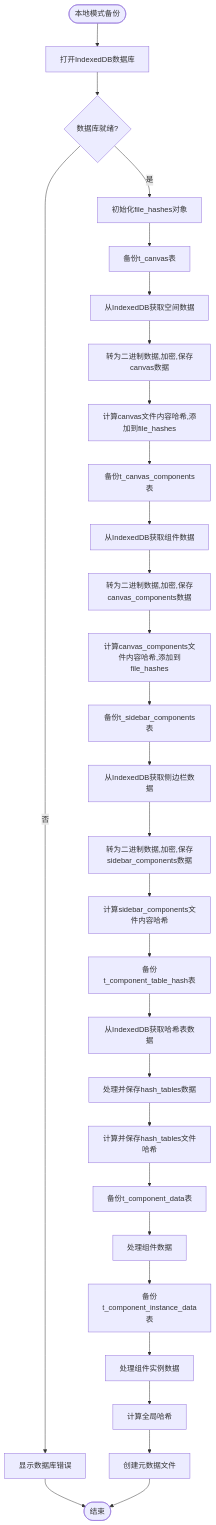
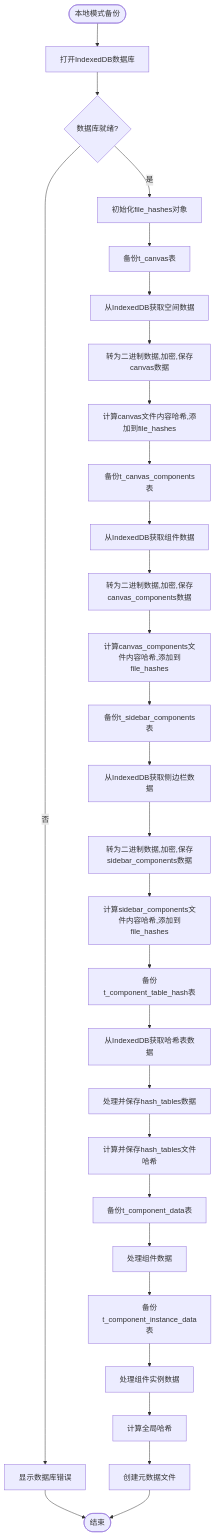
Before and after one commit to yingjianzh/iodraw-files: the diagram in all/未命名-56.md, drawn with Mermaid.

Commit message:
2025-05-12 14:15:52 update

````diff
--- a/all/未命名-56.md
+++ b/all/未命名-56.md
@@ -1,44 +1,44 @@
 ```mermaid
 
 flowchart TD
     Start([本地模式备份]) --> OpenDB[打开IndexedDB数据库]
     OpenDB --> DBReady{数据库就绪?}
     
     DBReady -->|否| ShowDBError[显示数据库错误]
     DBReady -->|是| InitHashObject[初始化file_hashes对象]
     
     ShowDBError --> End([结束])
     
     InitHashObject --> BackupCanvas[备份t_canvas表]
     BackupCanvas --> GetCanvasFromDB[从IndexedDB获取空间数据]
     GetCanvasFromDB --> ProcessCanvasFile[转为二进制数据,加密,保存canvas数据]
     ProcessCanvasFile --> AddCanvasHash[计算canvas文件内容哈希,添加到file_hashes]
     
     AddCanvasHash --> BackupCanvasComps[备份t_canvas_components表]
     BackupCanvasComps --> GetCanvasCompsFromDB[从IndexedDB获取组件数据]
     GetCanvasCompsFromDB --> ProcessCanvasCompsFile[转为二进制数据,加密,保存canvas_components数据]
     ProcessCanvasCompsFile --> AddCanvasCompsHash[计算canvas_components文件内容哈希,添加到file_hashes]
     
     AddCanvasCompsHash --> BackupSidebarComps[备份t_sidebar_components表]
     BackupSidebarComps --> GetSidebarCompsFromDB[从IndexedDB获取侧边栏数据]
     GetSidebarCompsFromDB --> ProcessSidebarCompsFile[转为二进制数据,加密,保存sidebar_components数据]
-    ProcessSidebarCompsFile --> AddSidebarCompsHash[计算sidebar_components文件内容哈希]
+    ProcessSidebarCompsFile --> AddSidebarCompsHash[计算sidebar_components文件内容哈希,添加到file_hashes]
     
     AddSidebarCompsHash --> BackupHashTables[备份t_component_table_hash表]
     BackupHashTables --> GetHashTablesFromDB[从IndexedDB获取哈希表数据]
     GetHashTablesFromDB --> ProcessHashTablesFile[处理并保存hash_tables数据]
     ProcessHashTablesFile --> AddHashTablesHash[计算并保存hash_tables文件哈希]
     
     AddHashTablesHash --> BackupCompData[备份t_component_data表]
     BackupCompData --> ProcessCompData[处理组件数据]
     
     ProcessCompData --> BackupInstData[备份t_component_instance_data表]
     BackupInstData --> ProcessInstData[处理组件实例数据]
     
     ProcessInstData --> CalculateGlobalHash[计算全局哈希]
     CalculateGlobalHash --> CreateMetadataFile[创建元数据文件]
     
     CreateMetadataFile --> End
 
 
 ```
````
